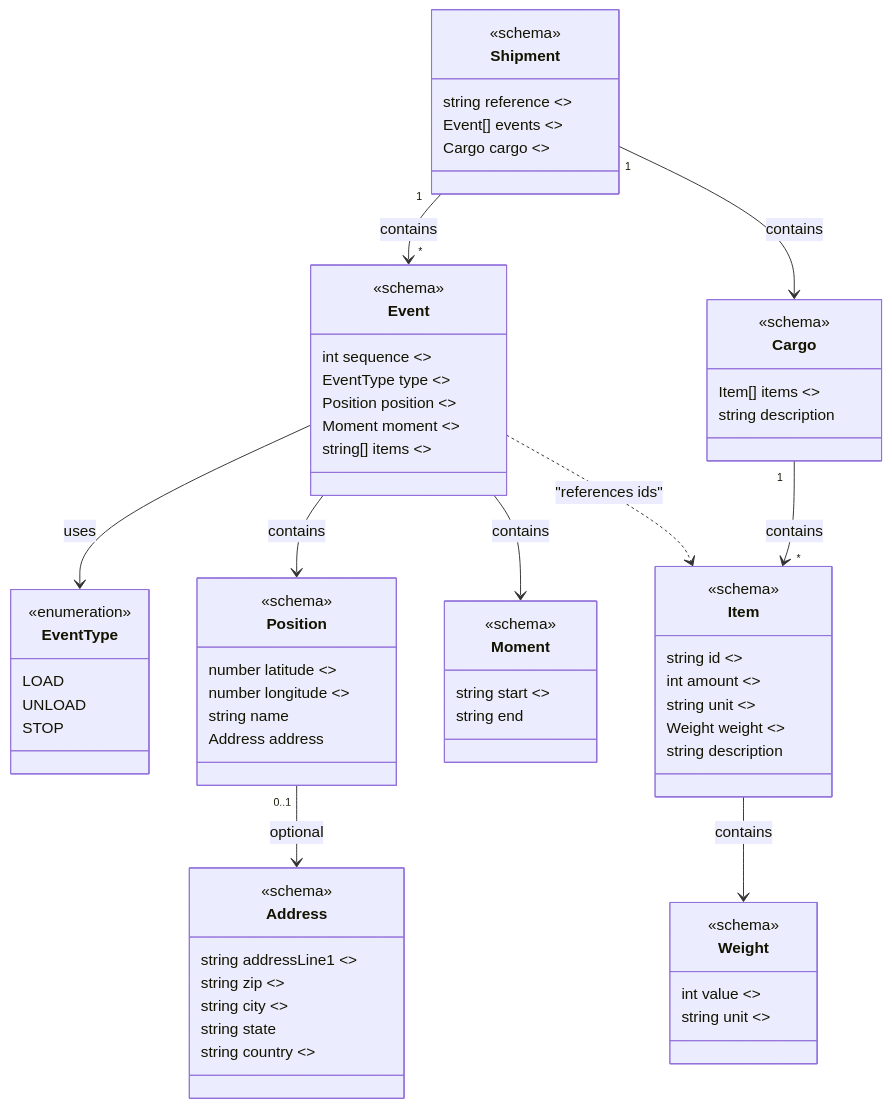
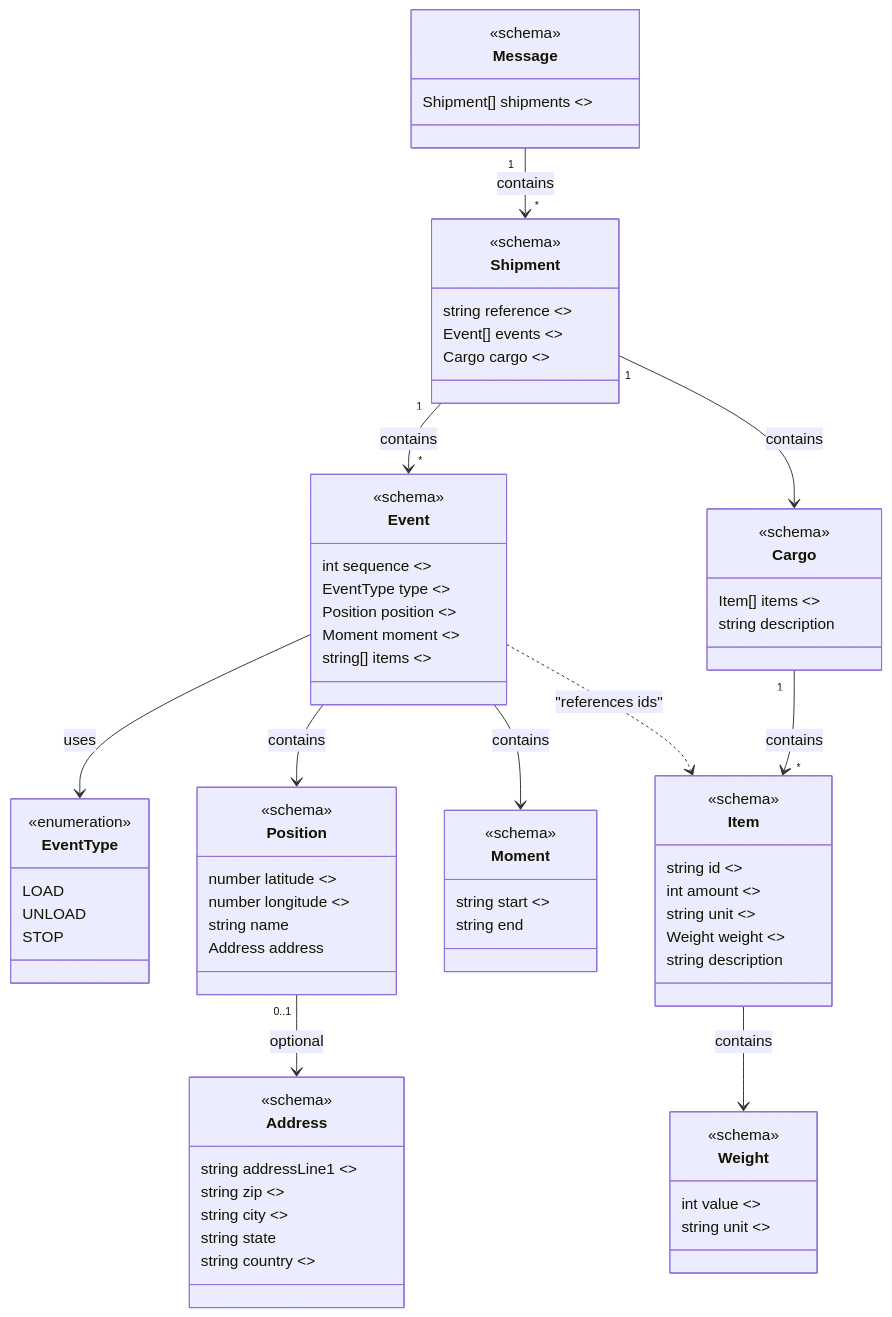
Before and after one commit to carqo/core: the diagram in README.md, drawn with Mermaid. The commit also changed other lines of this file and 4 other files, not shown here.

First line of the commit message:
Introduce Message schema and update examples

````diff
--- a/README.md
+++ b/README.md
@@ -7,5 +7,10 @@
 ```mermaid
 classDiagram
+
+class Message {
+    <<schema>>
+    Shipment[] shipments <<required>>
+}
 
 class Shipment {
     <<schema>>
@@ -74,6 +79,7 @@
     string end
 }
 
+Message "1" --> "*" Shipment : contains
 Shipment "1" --> "*" Event : contains
 Shipment "1" --> Cargo : contains
 Cargo "1" --> "*" Item : contains
````
